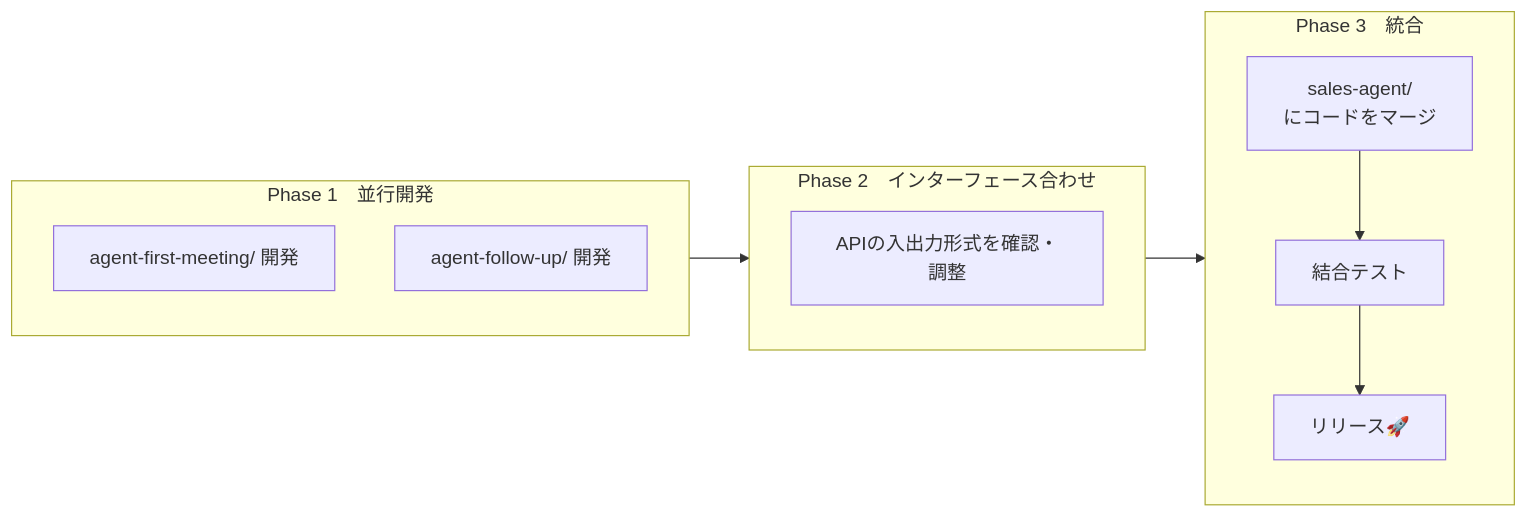
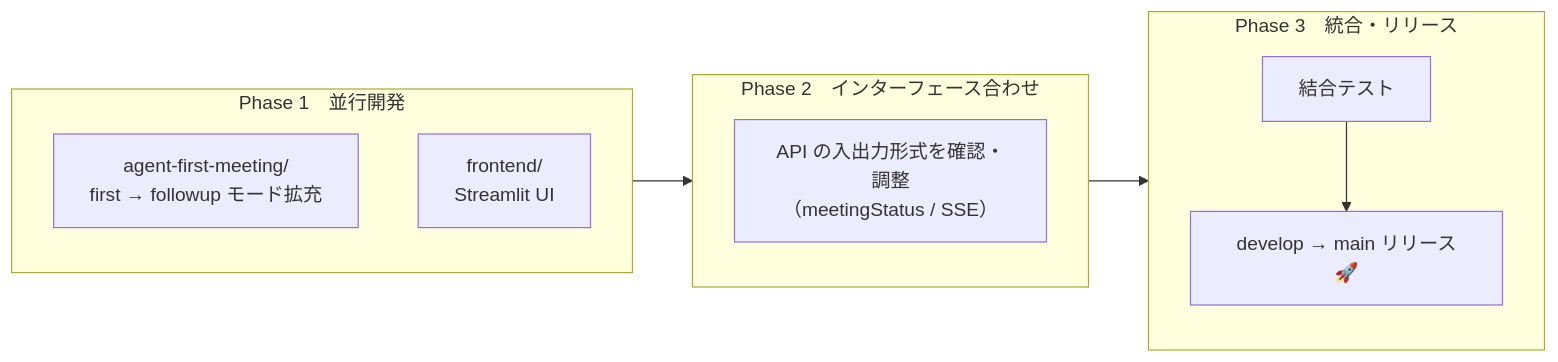
Before and after one commit to mintyobi/agentic_ai_for_hackathon: the third of 5 diagrams in README.md, drawn with Mermaid. The commit also changed other lines of this file and 8 other files, not shown here.

````diff
--- a/README.md
+++ b/README.md
@@ -120,20 +115,19 @@
 ```mermaid
 flowchart LR
     subgraph Phase1["Phase 1　並行開発"]
-        A["agent-first-meeting/ 開発"]
-        B["agent-follow-up/ 開発"]
+        A["agent-first-meeting/<br>first → followup モード拡充"]
+        B["frontend/<br>Streamlit UI"]
     end
  
     subgraph Phase2["Phase 2　インターフェース合わせ"]
-        C["APIの入出力形式を確認・調整"]
+        C["API の入出力形式を確認・調整<br>（meetingStatus / SSE）"]
     end
  
-    subgraph Phase3["Phase 3　統合"]
-        D["sales-agent/ <br>にコードをマージ"]
+    subgraph Phase3["Phase 3　統合・リリース"]
         E["結合テスト"]
-        F["リリース🚀"]
+        F["develop → main リリース🚀"]
     end
  
     Phase1 --> Phase2 --> Phase3
-    D --> E --> F
+    E --> F
 ```
````
